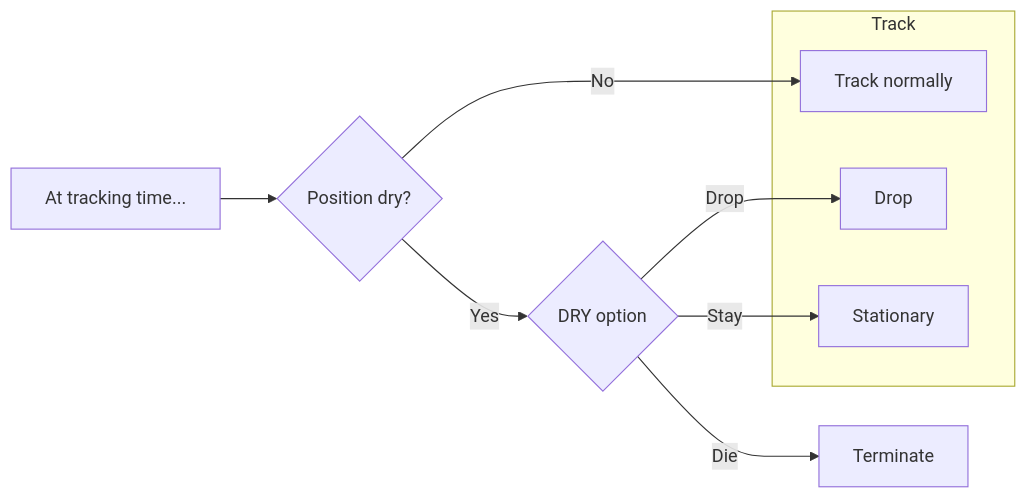
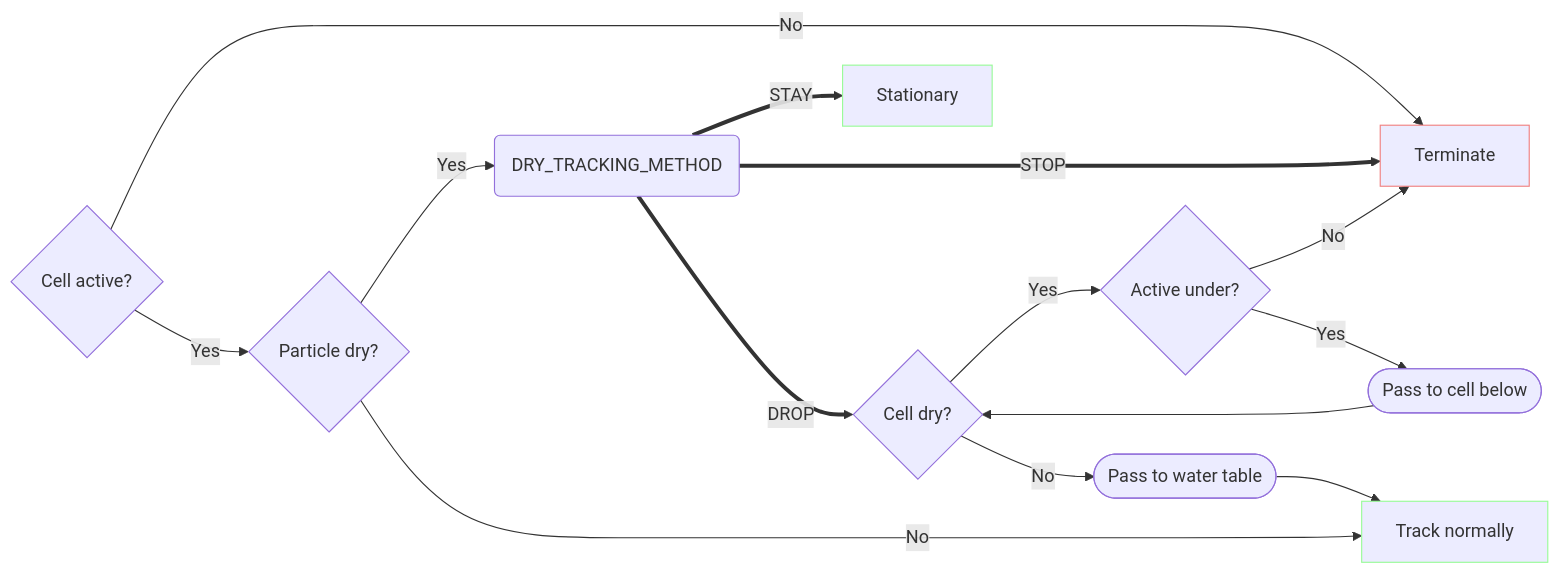
Before and after one commit to MODFLOW-USGS/modflow6: the third of 3 diagrams in src/Solution/ParticleTracker/vertical.md, drawn with Mermaid. The commit also changed other lines of this file and 15 other files, not shown here.

````diff
--- a/src/Solution/ParticleTracker/vertical.md
+++ b/src/Solution/ParticleTracker/vertical.md
@@ -59,15 +99,20 @@
 ```mermaid
 flowchart LR
-    START[At tracking time...] --> LOCDRY{Position dry?}
-    LOCDRY --> |Yes| DRY{DRY option}
-    LOCDRY --> |No| TRACK[Track normally]
-    DRY --> |Die| TERMINATE[Terminate]
-    DRY --> |Drop| DROP
-    DRY --> |Stay| STAY[Stationary]
-    DROP[Drop]
-    subgraph Track
-    DROP
-    STAY
-    TRACK
-    end
+    ACTIVE{Cell active?} --> |No| TERMINATE{Terminate}
+    ACTIVE{Cell active?} --> |Yes| PARTICLE_DRY
+    PARTICLE_DRY{Particle dry?} --> |Yes| DRY_TRACKING_METHOD(DRY_TRACKING_METHOD)
+    DRY_TRACKING_METHOD ==> |STOP| TERMINATE[Terminate]:::terminate
+    DRY_TRACKING_METHOD ==> |DROP| CELL_DRY{Cell dry?}
+    CELL_DRY --> |Yes| ACTIVE_UNDER
+    CELL_DRY --> |No| DROP_TABLE([Pass to water table])
+    ACTIVE_UNDER{Active under?}
+    ACTIVE_UNDER --> |No| TERMINATE
+    ACTIVE_UNDER --> |Yes| DROP_BOTTOM([Pass to cell below])
+    DRY_TRACKING_METHOD ==> |STAY| STAY[Stationary]:::track
+    DROP_TABLE --> TRACK:::track
+    PARTICLE_DRY --> |No| TRACK[Track normally]
+    DROP_BOTTOM --> CELL_DRY
+
+    classDef track stroke:#98fb98
+    classDef terminate stroke:#f08080
 ```
````
